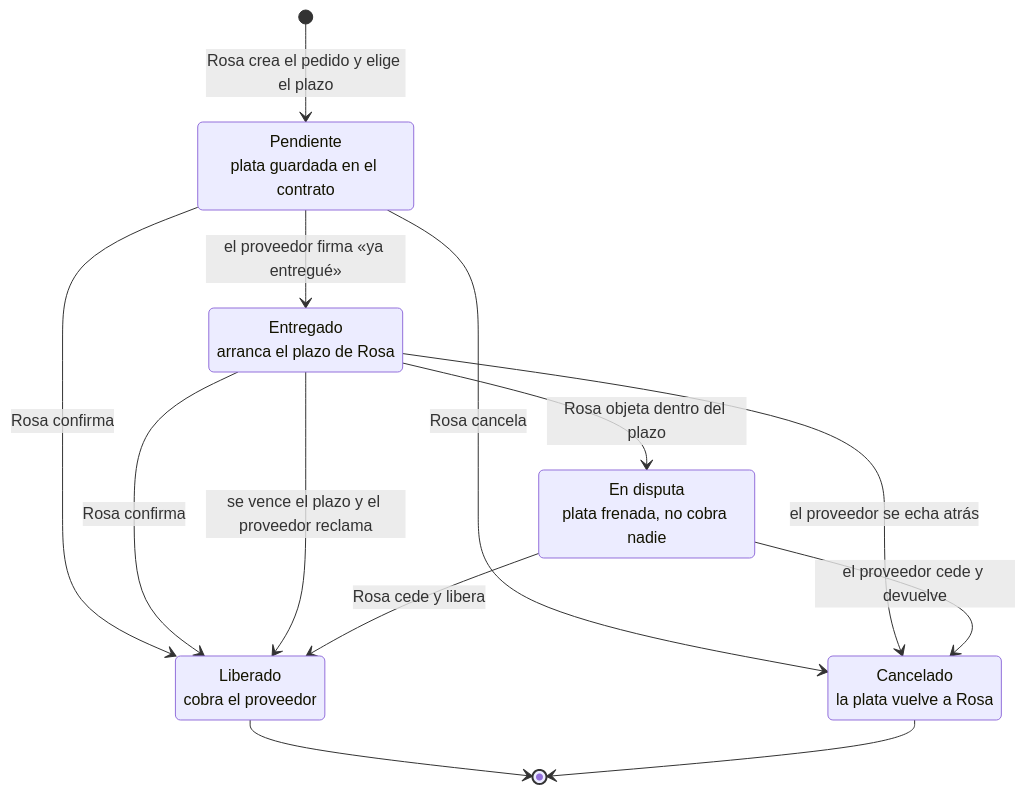
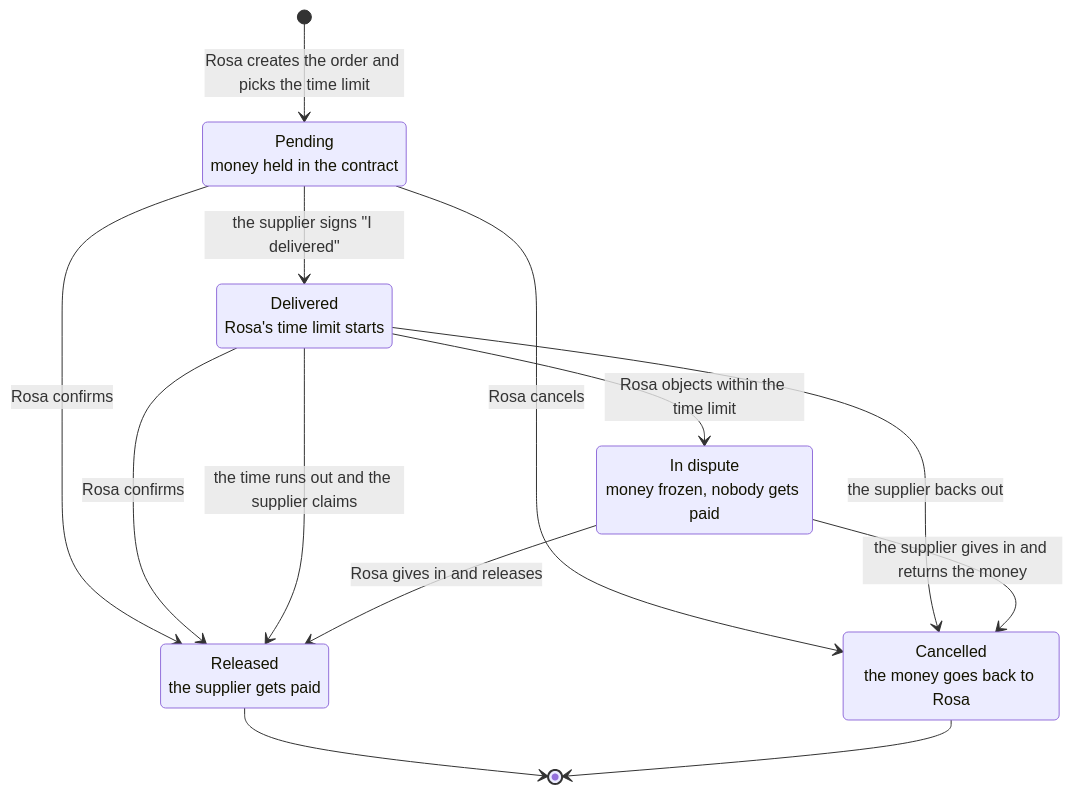
The second of 2 diagrams in README.md (veneciaedith/minga), drawn with Mermaid before and after one commit. The commit also changed other lines of this file and 1 other file, not shown here.

First line of the commit message:
Pasa el README al inglés y guarda la versión en castellano en README.es.md

````diff
--- a/README.md
+++ b/README.md
@@ -110,23 +113,23 @@
 ```mermaid
 stateDiagram-v2
-    accTitle: Los caminos posibles de un pedido
-    accDescr: Un pedido empieza pendiente. Desde ahí Rosa puede confirmar y el proveedor cobra, o cancelar y recupera la plata. Si el proveedor avisa que entregó, el pedido pasa a entregado y arranca el plazo de Rosa. Desde entregado, el proveedor cobra si Rosa confirma o si se vence el plazo; se cancela si el proveedor se echa atrás; y queda en disputa si Rosa objeta dentro del plazo. En disputa la plata está frenada hasta que Rosa libera el pago o el proveedor devuelve la plata.
-    state "Pendiente<br/>plata guardada en el contrato" as Pendiente
-    state "Entregado<br/>arranca el plazo de Rosa" as Entregado
-    state "En disputa<br/>plata frenada, no cobra nadie" as Disputa
-    state "Liberado<br/>cobra el proveedor" as Liberado
-    state "Cancelado<br/>la plata vuelve a Rosa" as Cancelado
+    accTitle: All the possible paths of an order
+    accDescr: An order starts as pending. From there, Rosa can confirm and the supplier gets paid, or cancel and get her money back. If the supplier declares they delivered, the order becomes delivered and Rosa's time limit starts. From delivered, the supplier gets paid if Rosa confirms or if the time runs out; the order is cancelled if the supplier backs out; and it goes into dispute if Rosa objects within the time limit. In dispute, the money is frozen until Rosa releases the payment or the supplier returns the money.
+    state "Pending<br/>money held in the contract" as Pendiente
+    state "Delivered<br/>Rosa's time limit starts" as Entregado
+    state "In dispute<br/>money frozen, nobody gets paid" as Disputa
+    state "Released<br/>the supplier gets paid" as Liberado
+    state "Cancelled<br/>the money goes back to Rosa" as Cancelado
 
-    [*] --> Pendiente: Rosa crea el pedido y elige el plazo
-    Pendiente --> Liberado: Rosa confirma
-    Pendiente --> Cancelado: Rosa cancela
-    Pendiente --> Entregado: el proveedor firma «ya entregué»
-    Entregado --> Liberado: Rosa confirma
-    Entregado --> Liberado: se vence el plazo y el proveedor reclama
-    Entregado --> Cancelado: el proveedor se echa atrás
-    Entregado --> Disputa: Rosa objeta dentro del plazo
-    Disputa --> Liberado: Rosa cede y libera
-    Disputa --> Cancelado: el proveedor cede y devuelve
+    [*] --> Pendiente: Rosa creates the order and picks the time limit
+    Pendiente --> Liberado: Rosa confirms
+    Pendiente --> Cancelado: Rosa cancels
+    Pendiente --> Entregado: the supplier signs "I delivered"
+    Entregado --> Liberado: Rosa confirms
+    Entregado --> Liberado: the time runs out and the supplier claims
+    Entregado --> Cancelado: the supplier backs out
+    Entregado --> Disputa: Rosa objects within the time limit
+    Disputa --> Liberado: Rosa gives in and releases
+    Disputa --> Cancelado: the supplier gives in and returns the money
     Liberado --> [*]
     Cancelado --> [*]
 ```
````
